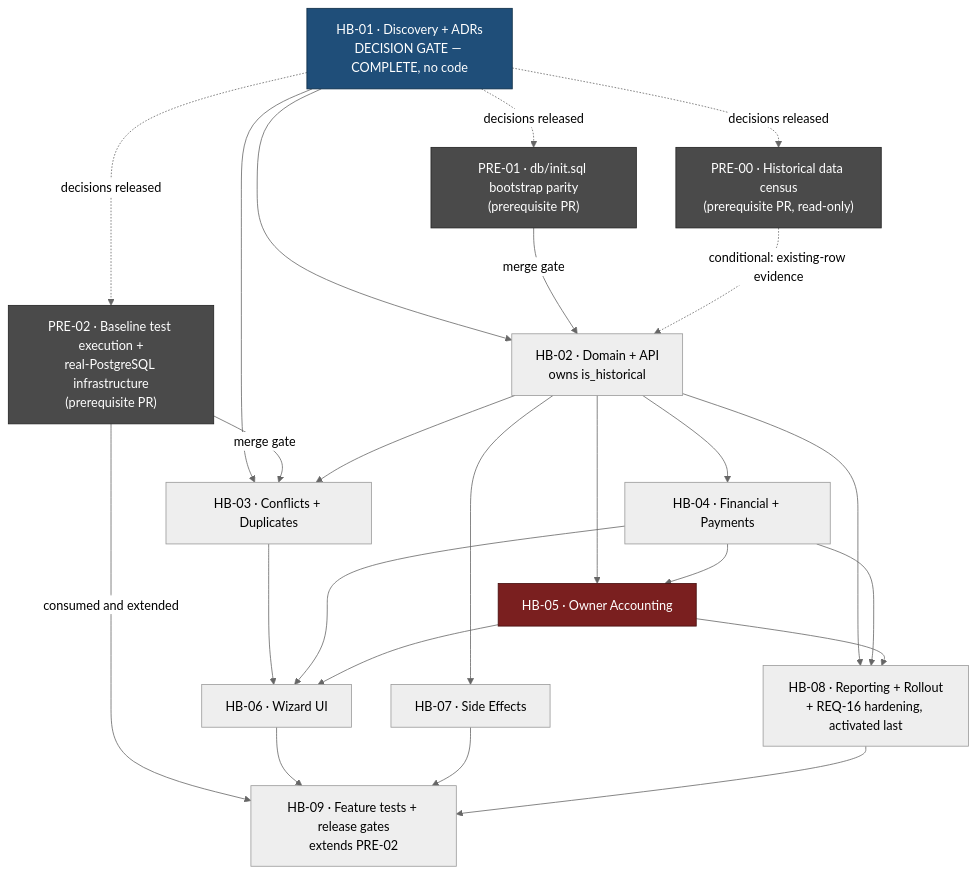
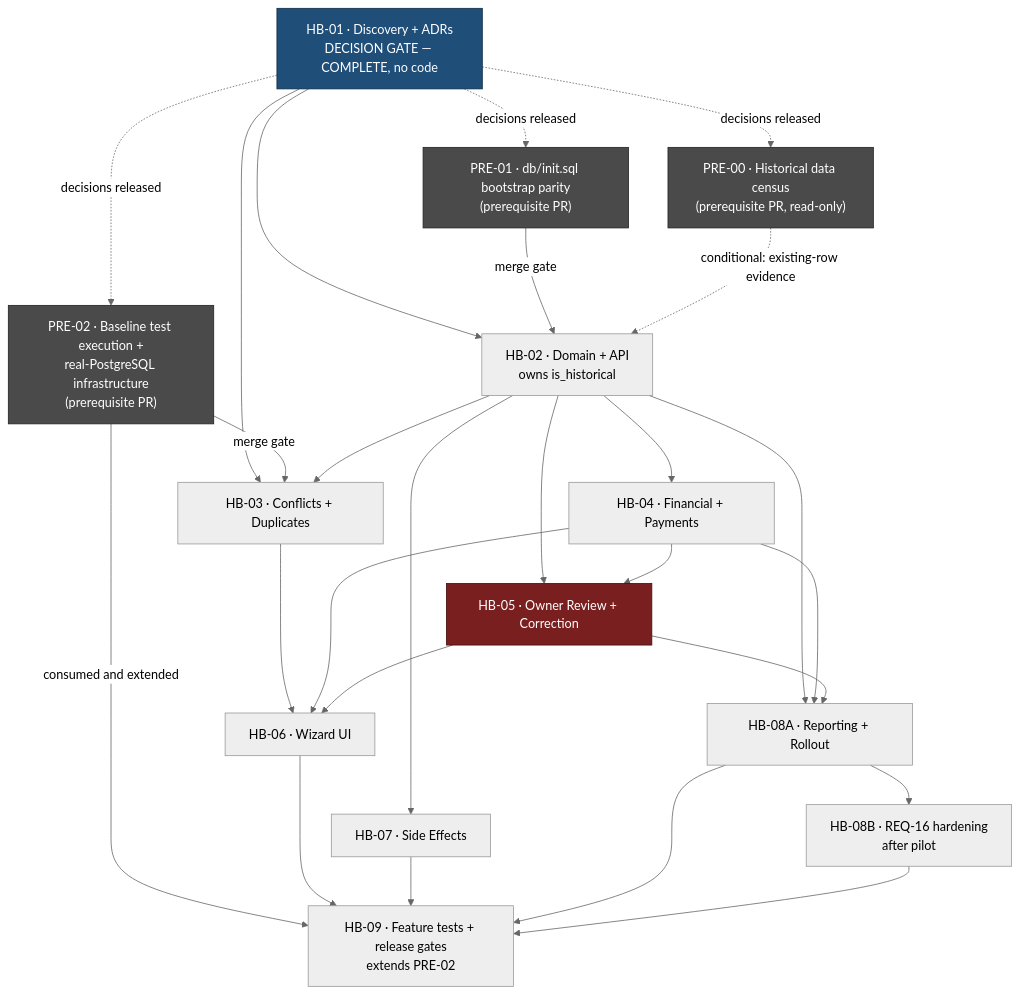
The sixth of 6 diagrams in docs/plans/historical-bookings/00_MASTER_PLAN.md (HozaifaAlmelli/REMAL), drawn with Mermaid (neutral theme) before and after one commit. The commit also changed other lines of this file and 12 other files, not shown here.

````diff
--- a/docs/plans/historical-bookings/00_MASTER_PLAN.md
+++ b/docs/plans/historical-bookings/00_MASTER_PLAN.md
@@ -1115,33 +1100,36 @@
 ```mermaid
 graph TD
     HB01["HB-01 · Discovery + ADRs<br/>DECISION GATE — COMPLETE, no code"]:::gate
     P00["PRE-00 · Historical data census<br/>(prerequisite PR, read-only)"]:::pre
     P01["PRE-01 · db/init.sql bootstrap parity<br/>(prerequisite PR)"]:::pre
     P02["PRE-02 · Baseline test execution +<br/>real-PostgreSQL infrastructure<br/>(prerequisite PR)"]:::pre
     HB02["HB-02 · Domain + API<br/>owns is_historical"]
     HB03["HB-03 · Conflicts + Duplicates"]
     HB04["HB-04 · Financial + Payments"]
-    HB05["HB-05 · Owner Accounting"]:::risk
+    HB05["HB-05 · Owner Review + Correction"]:::risk
     HB06["HB-06 · Wizard UI"]
     HB07["HB-07 · Side Effects"]
-    HB08["HB-08 · Reporting + Rollout<br/>+ REQ-16 hardening, activated last"]
+    HB08A["HB-08A · Reporting + Rollout"]
+    HB08B["HB-08B · REQ-16 hardening<br/>after pilot"]
     HB09["HB-09 · Feature tests + release gates<br/>extends PRE-02"]
 
     HB01 -.->|decisions released| P00 & P01 & P02
     HB01 --> HB02 & HB03
     P01 -->|merge gate| HB02
     P00 -.->|conditional: existing-row evidence| HB02
     P02 -->|merge gate| HB03
     P02 -->|consumed and extended| HB09
-    HB02 --> HB03 & HB04 & HB05 & HB07 & HB08
+    HB02 --> HB03 & HB04 & HB05 & HB07 & HB08A
     HB03 --> HB06
-    HB04 --> HB05 & HB06 & HB08
-    HB05 --> HB06 & HB08
+    HB04 --> HB05 & HB06 & HB08A
+    HB05 --> HB06 & HB08A
     HB06 --> HB09
     HB07 --> HB09
-    HB08 --> HB09
+    HB08A --> HB08B
+    HB08A --> HB09
+    HB08B --> HB09
 
     classDef gate fill:#1f4e79,color:#fff,stroke:#0d2b44
     classDef risk fill:#7a1f1f,color:#fff,stroke:#440d0d
     classDef pre fill:#4a4a4a,color:#fff,stroke:#222
 ```
````
